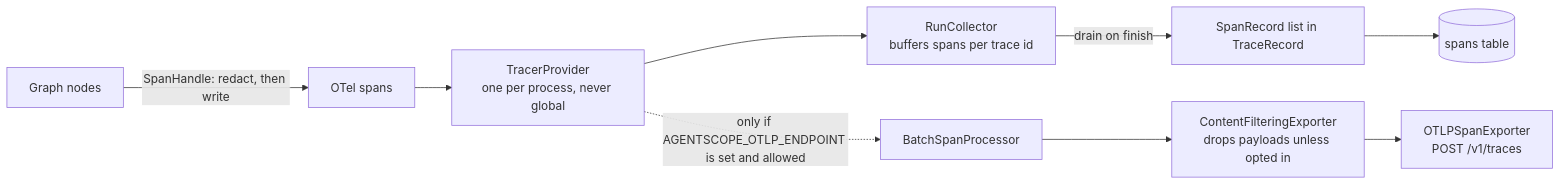
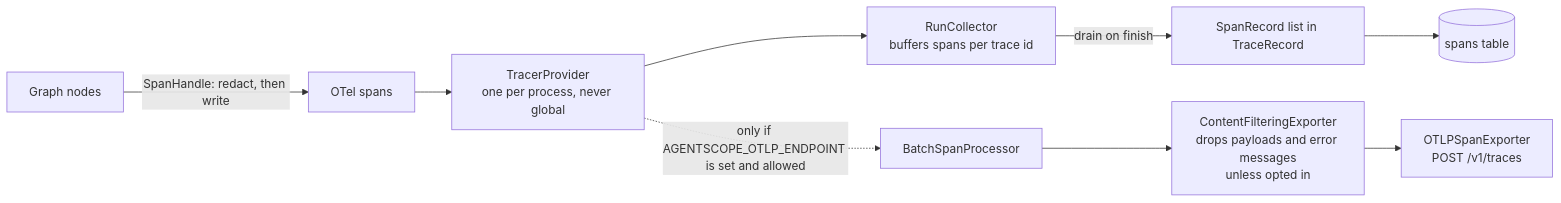
The third of 5 diagrams in ARCHITECTURE.md (mateoosoriodelhonte/agentscope), drawn with Mermaid before and after one commit. The commit also changed other lines of this file and 53 other files, not shown here.

````diff
--- a/ARCHITECTURE.md
+++ b/ARCHITECTURE.md
@@ -129,11 +134,11 @@
 ```mermaid
 flowchart LR
     N[Graph nodes] -->|SpanHandle: redact, then write| SP[OTel spans]
     SP --> TP[TracerProvider<br/>one per process, never global]
     TP --> RC[RunCollector<br/>buffers spans per trace id]
     TP -.->|only if AGENTSCOPE_OTLP_ENDPOINT is set and allowed| BSP[BatchSpanProcessor]
-    BSP --> CF[ContentFilteringExporter<br/>drops payloads unless opted in]
+    BSP --> CF[ContentFilteringExporter<br/>drops payloads and error messages<br/>unless opted in]
     CF --> OX[OTLPSpanExporter<br/>POST /v1/traces]
     RC -->|drain on finish| REC[SpanRecord list in TraceRecord]
     REC --> DB[(spans table)]
 ```
````
